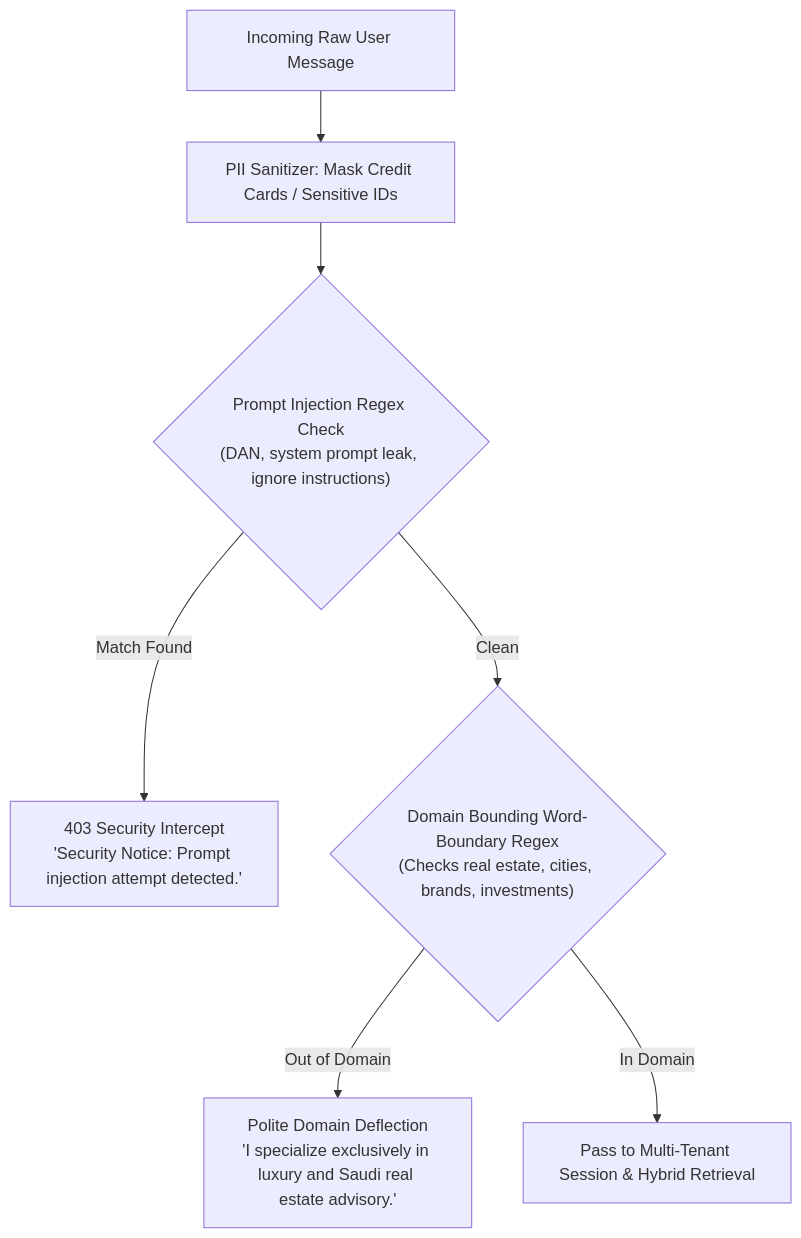
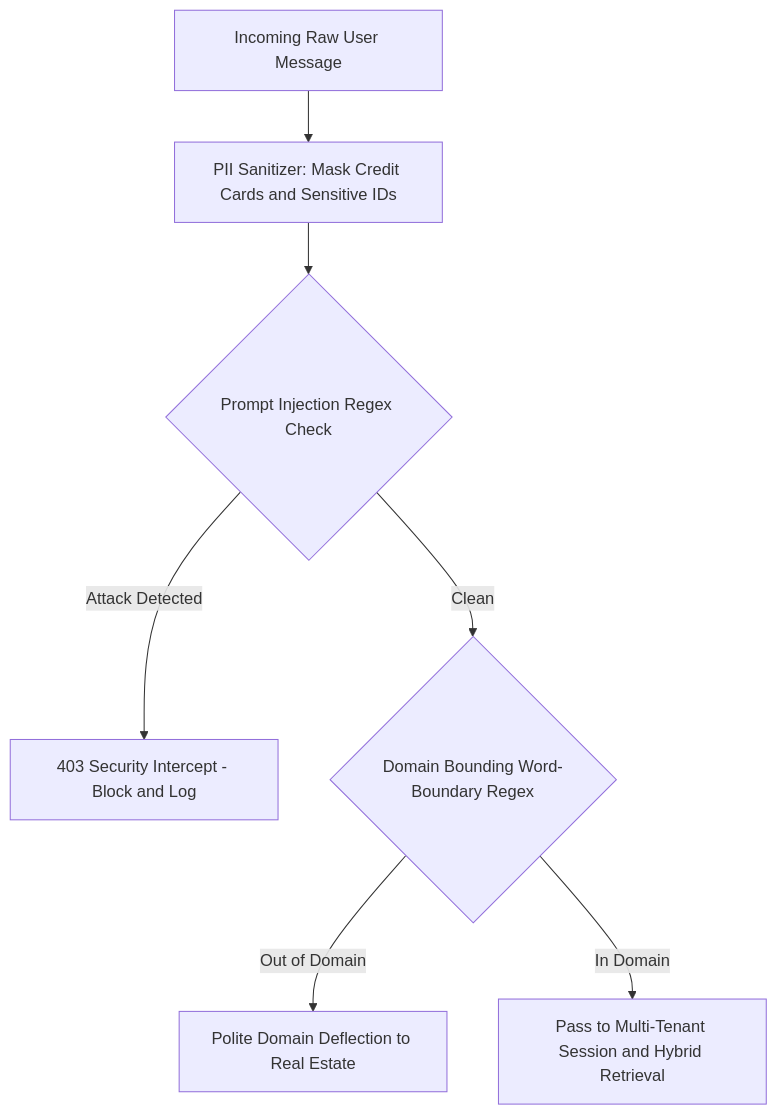
The sixth of 6 diagrams in DESIGN.md (jackyToras/darglobal-ai), drawn with Mermaid before and after one commit. The commit also changed other lines of this file, not shown here.

Commit message:
sanitize Mermaid diagram labels and characters for seamless GitHub markdown rendering

````diff
--- a/DESIGN.md
+++ b/DESIGN.md
@@ -202,13 +210,13 @@
 ```mermaid
 flowchart TD
-    RawInput["Incoming Raw User Message"] --> Sanitize["PII Sanitizer: Mask Credit Cards / Sensitive IDs"]
-    Sanitize --> InjectionCheck{"Prompt Injection Regex Check<br>(DAN, system prompt leak, ignore instructions)"}
+    RawInput["Incoming Raw User Message"] --> Sanitize["PII Sanitizer: Mask Credit Cards and Sensitive IDs"]
+    Sanitize --> InjectionCheck{"Prompt Injection Regex Check"}
     
-    InjectionCheck -->|Match Found| Block["403 Security Intercept<br>'Security Notice: Prompt injection attempt detected.'"]
+    InjectionCheck -->|Attack Detected| Block["403 Security Intercept - Block and Log"]
     
-    InjectionCheck -->|Clean| DomainCheck{"Domain Bounding Word-Boundary Regex<br>(Checks real estate, cities, brands, investments)"}
+    InjectionCheck -->|Clean| DomainCheck{"Domain Bounding Word-Boundary Regex"}
     
-    DomainCheck -->|Out of Domain| Deflect["Polite Domain Deflection<br>'I specialize exclusively in luxury and Saudi real estate advisory.'"]
+    DomainCheck -->|Out of Domain| Deflect["Polite Domain Deflection to Real Estate"]
     
-    DomainCheck -->|In Domain| PipelinePass["Pass to Multi-Tenant Session & Hybrid Retrieval"]
+    DomainCheck -->|In Domain| PipelinePass["Pass to Multi-Tenant Session and Hybrid Retrieval"]
 ```
````
